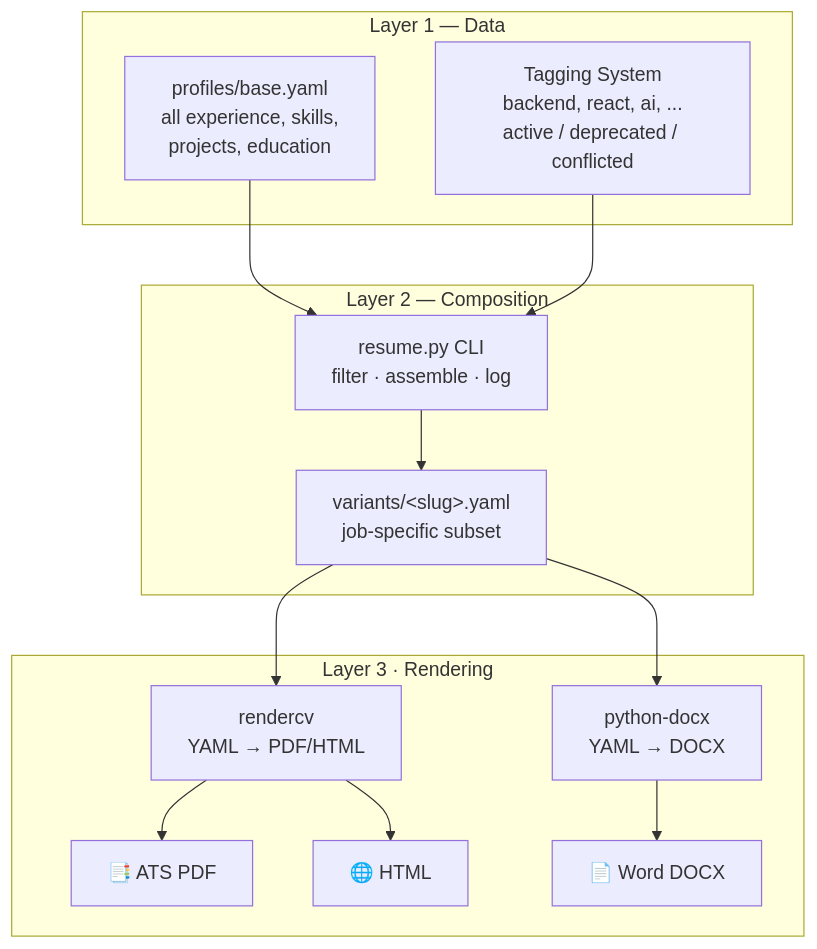
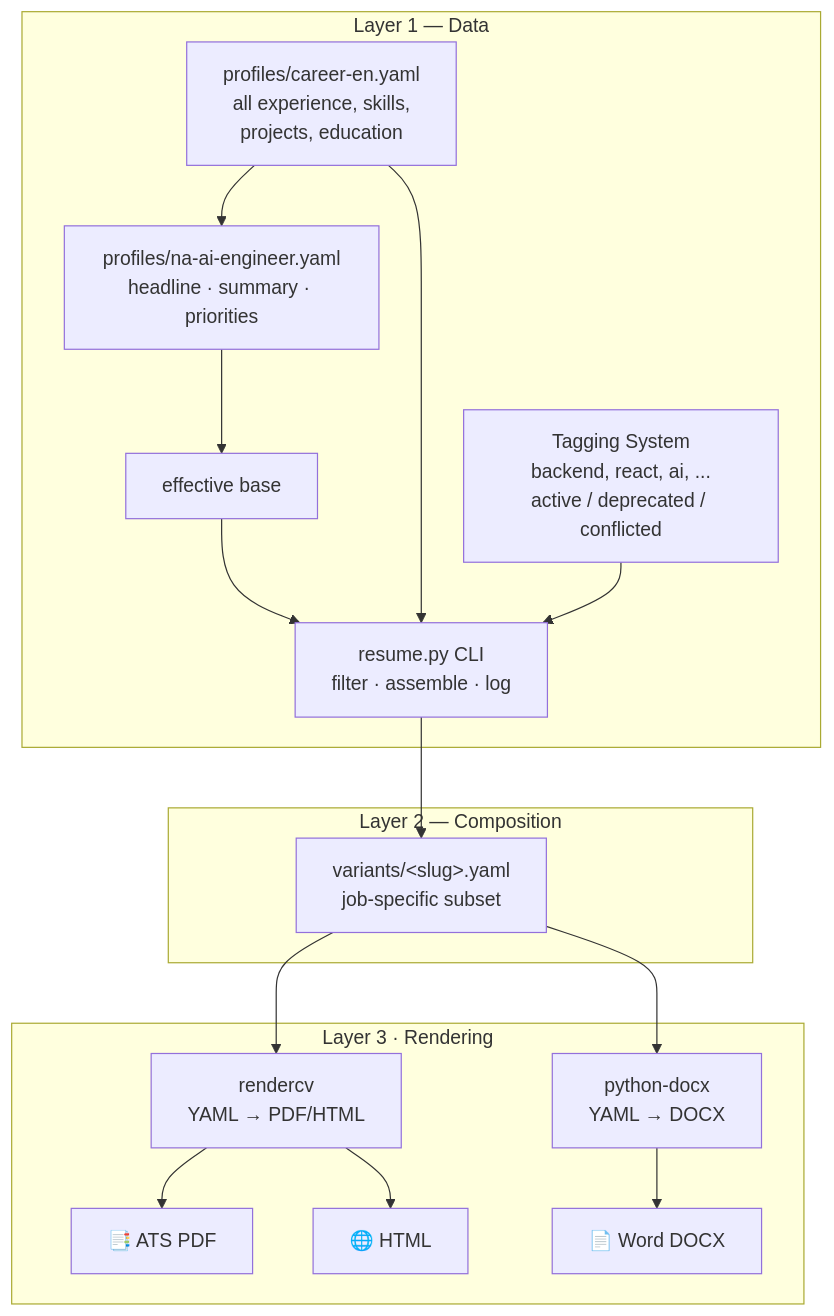
Before and after one commit to jxjwilliam/resume-generator: the second of 2 diagrams in README.md, drawn with Mermaid. The commit also changed other lines of this file and 35 other files, not shown here.

````diff
--- a/README.md
+++ b/README.md
@@ -414,29 +423,30 @@
 ```mermaid
 flowchart TB
     subgraph L1["Layer 1 — Data"]
-        BY["profiles/base.yaml<br/>all experience, skills,<br/>projects, education"]
+        BY["profiles/career-en.yaml<br/>all experience, skills,<br/>projects, education"] --> PR["profiles/na-ai-engineer.yaml<br/>headline · summary · priorities"]
+        PR --> RP2["effective base"] --> RP
         AG["Tagging System<br/>backend, react, ai, ...<br/>active / deprecated / conflicted"]
     end
 
     subgraph L2["Layer 2 — Composition"]
         RP["resume.py CLI<br/>filter · assemble · log"]
         VY["variants/&lt;slug&gt;.yaml<br/>job-specific subset"]
     end
 
     subgraph L3["Layer 3 · Rendering"]
         RC["rendercv<br/>YAML → PDF/HTML"]
         DX["python-docx<br/>YAML → DOCX"]
         PDF["📑 ATS PDF"]
         HTML["🌐 HTML"]
         DOCX["📄 Word DOCX"]
     end
 
     BY --> RP
     AG --> RP
     RP --> VY
     VY --> RC
     VY --> DX
     RC --> PDF
     RC --> HTML
     DX --> DOCX
 ```
````
